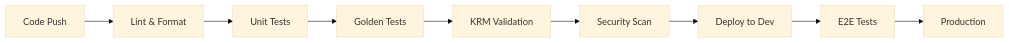
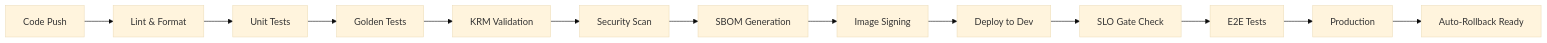
Before and after one commit to thc1006/nephio-intent-to-o2-demo: the diagram in slides/SLIDES.md, drawn with Mermaid (base theme). The commit also changed other lines of this file and 104 other files, not shown here.

````diff
--- a/slides/SLIDES.md
+++ b/slides/SLIDES.md
@@ -156,11 +182,15 @@
 ```mermaid
 graph LR
     A[Code Push] --> B[Lint & Format]
     B --> C[Unit Tests]
     C --> D[Golden Tests]
     D --> E[KRM Validation]
     E --> F[Security Scan]
-    F --> G[Deploy to Dev]
-    G --> H[E2E Tests]
-    H --> I[Production]
+    F --> G[SBOM Generation]
+    G --> H[Image Signing]
+    H --> I[Deploy to Dev]
+    I --> J[SLO Gate Check]
+    J --> K[E2E Tests]
+    K --> L[Production]
+    L --> M[Auto-Rollback Ready]
 ```
````
